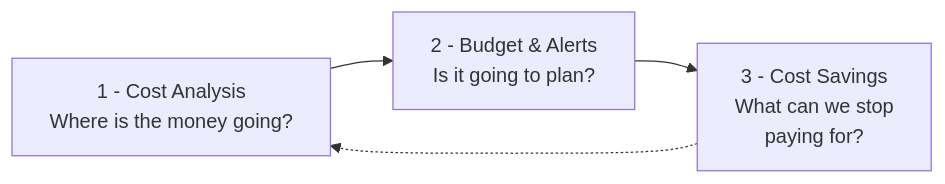
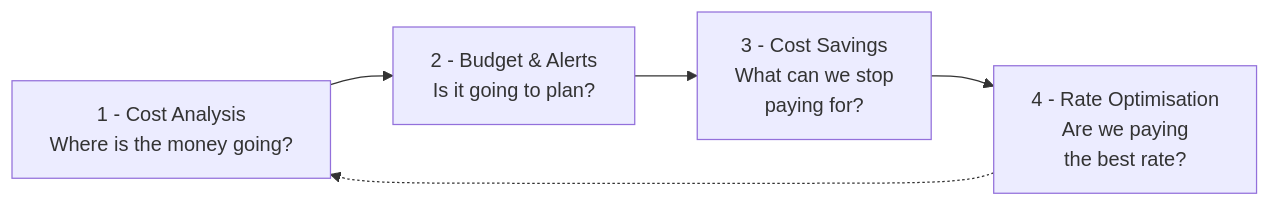
One commit to DevoteamCMS/PulseDocs changed the diagram in pulse-ecosystem/cloud-economics/README.md. Above: the diagram before and after it, drawn with Mermaid. The commit also changed other lines of this file and 1 other file, not shown here.

First line of the commit message:
Add Rate Optimisation page to Cloud Economics

````diff
--- a/pulse-ecosystem/cloud-economics/README.md
+++ b/pulse-ecosystem/cloud-economics/README.md
@@ -15,11 +15,13 @@
 ```mermaid
 flowchart LR
     A["1 - Cost Analysis<br/>Where is the money going?"]
     B["2 - Budget #amp; Alerts<br/>Is it going to plan?"]
     C["3 - Cost Savings<br/>What can we stop<br/>paying for?"]
-    A --> B --> C
-    C -.-> A
+    D["4 - Rate Optimisation<br/>Are we paying<br/>the best rate?"]
+    A --> B --> C --> D
+    D -.-> A
     click A "/pulse-ecosystem/cloud-economics/cost-analysis/"
     click B "/pulse-ecosystem/cloud-economics/budget-alerts/"
     click C "/pulse-ecosystem/cloud-economics/cost-savings/"
+    click D "/pulse-ecosystem/cloud-economics/rate-optimisation/"
 ```
````
